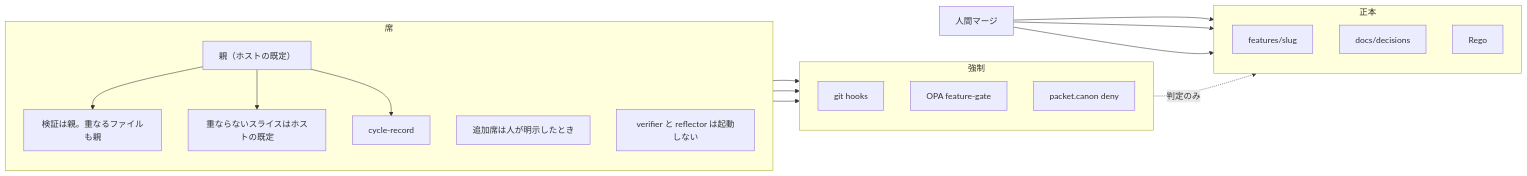
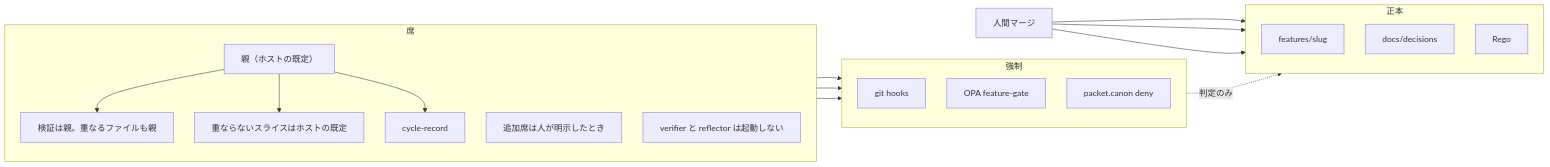
Before and after one commit to marumo333/SuiteLLM: the diagram in docs/architecture/runtime-overview.mmd, drawn with Mermaid. The commit also changed 5 other files, not shown here.

First line of the commit message:
docs: ランタイム図などの見切れを直す

```diff
--- a/docs/architecture/runtime-overview.mmd
+++ b/docs/architecture/runtime-overview.mmd
@@ -1,35 +1,36 @@
+%%{init: {"flowchart": {"useMaxWidth": false, "htmlLabels": true, "wrappingWidth": 280, "padding": 16, "nodeSpacing": 40, "rankSpacing": 48, "diagramPadding": 28}}}%%
 flowchart LR
   subgraph seats["席"]
     direction TB
     G["親（ホストの既定）"]
     IMP["検証は親。重なるファイルも親"]
     PAR["重ならないスライスはホストの既定"]
     Rec["cycle-record"]
     BA["追加席は人が明示したとき"]
     OFF["verifier と reflector は起動しない"]
   end
 
   subgraph force["強制"]
     direction TB
     Hook["git hooks"]
     Gate["OPA feature-gate"]
     Packet["packet.canon deny"]
   end
 
   subgraph canon["正本"]
     direction TB
     Beh["features/slug"]
     Docs["docs/decisions"]
     Policy["Rego"]
   end
 
   G --> IMP
   G --> PAR
   IMP --> Hook
   IMP --> Gate
   Gate -.->|"判定のみ"| Policy
   G --> Rec
   Rec --> Packet["packet.canon deny"]
   HM["人間マージ"] --> Beh
   HM --> Docs
   HM --> Policy
```
